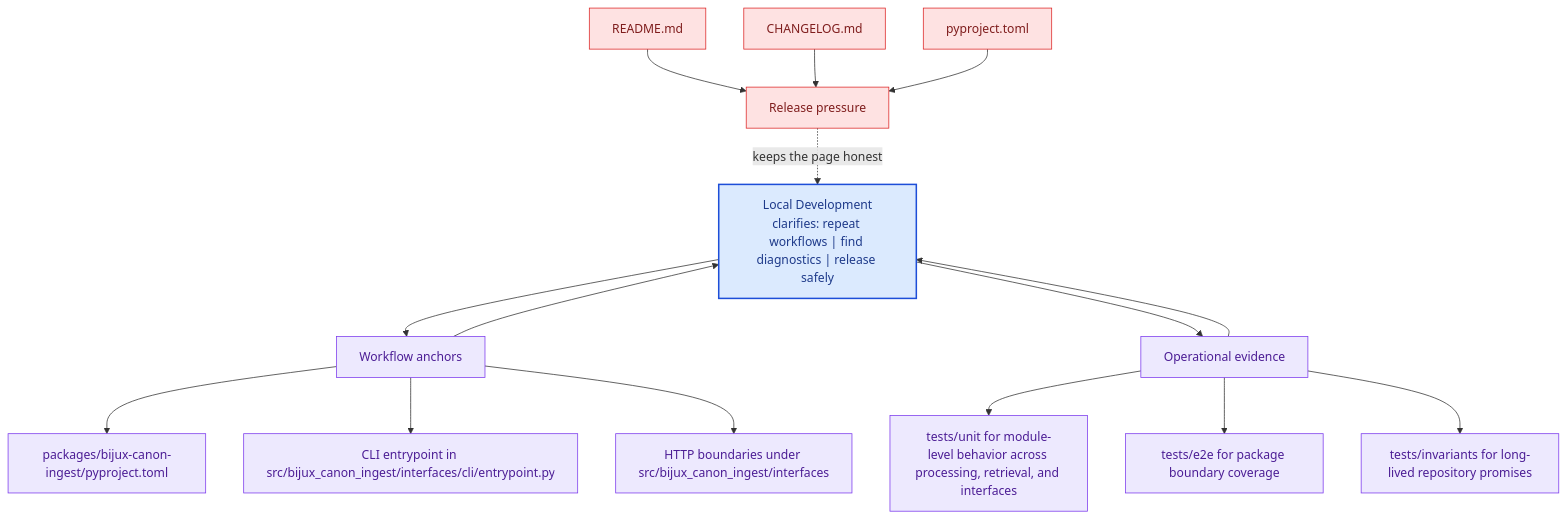
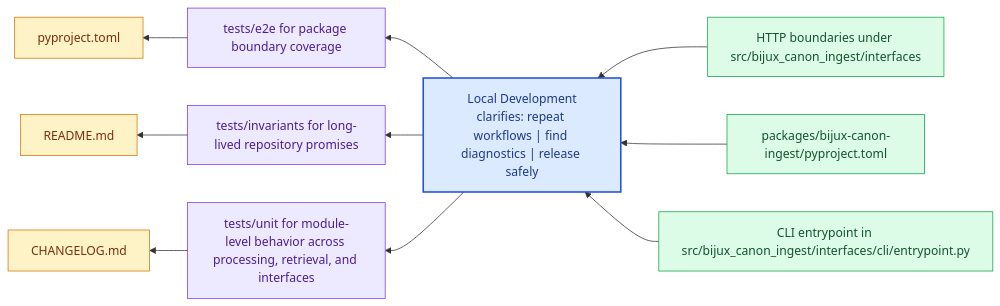
One commit to bijux/bijux-canon changed the diagram in docs/bijux-canon-ingest/operations/local-development.md. Above: the diagram before and after it, drawn with Mermaid. The commit also changed other lines of this file and 281 other files, not shown here.

Commit message:
docs(diagrams): replace repeated mermaid scaffolds with page-specific summaries

````diff
--- a/docs/bijux-canon-ingest/operations/local-development.md
+++ b/docs/bijux-canon-ingest/operations/local-development.md
@@ -68,41 +23,31 @@
 ```mermaid
-flowchart TB
-    promise["Local Development<br/>clarifies: repeat workflows | find diagnostics | release safely"]
-    classDef promise fill:#dbeafe,stroke:#1d4ed8,color:#1e3a8a,stroke-width:2px;
-    classDef driver fill:#dcfce7,stroke:#16a34a,color:#14532d;
-    classDef constraint fill:#fee2e2,stroke:#dc2626,color:#7f1d1d;
-    classDef ground fill:#ede9fe,stroke:#7c3aed,color:#4c1d95;
-    focus1["Workflow anchors"]
-    focus1 --> promise
-    promise --> focus1
-    focus1_1["packages/bijux-canon-ingest/pyproject.toml"]
-    focus1 --> focus1_1
-    focus1_2["CLI entrypoint in src/bijux_canon_ingest/interfaces/cli/entrypoint.py"]
-    focus1 --> focus1_2
-    focus1_3["HTTP boundaries under src/bijux_canon_ingest/interfaces"]
-    focus1 --> focus1_3
-    class focus1 ground;
-    class focus1_1,focus1_2,focus1_3 ground;
-    focus2["Operational evidence"]
-    focus2 --> promise
-    promise --> focus2
-    focus2_1["tests/unit for module-level behavior across processing, retrieval, and interfaces"]
-    focus2 --> focus2_1
-    focus2_2["tests/e2e for package boundary coverage"]
-    focus2 --> focus2_2
-    focus2_3["tests/invariants for long-lived repository promises"]
-    focus2 --> focus2_3
-    class focus2 ground;
-    class focus2_1,focus2_2,focus2_3 ground;
-    focus3["Release pressure"]
-    focus3 -.keeps the page honest.-> promise
-    focus3_1["README.md"]
-    focus3_1 --> focus3
-    focus3_2["CHANGELOG.md"]
-    focus3_2 --> focus3
-    focus3_3["pyproject.toml"]
-    focus3_3 --> focus3
-    class focus3 constraint;
-    class focus3_1,focus3_2,focus3_3 constraint;
-    class promise promise;
+flowchart RL
+    page["Local Development<br/>clarifies: repeat workflows | find diagnostics | release safely"]
+    classDef page fill:#dbeafe,stroke:#1d4ed8,color:#1e3a8a,stroke-width:2px;
+    classDef positive fill:#dcfce7,stroke:#16a34a,color:#14532d;
+    classDef caution fill:#fee2e2,stroke:#dc2626,color:#7f1d1d;
+    classDef anchor fill:#ede9fe,stroke:#7c3aed,color:#4c1d95;
+    classDef action fill:#fef3c7,stroke:#d97706,color:#7c2d12;
+    step1["HTTP boundaries under src/bijux_canon_ingest/interfaces"]
+    step1 --> page
+    step2["packages/bijux-canon-ingest/pyproject.toml"]
+    step2 --> page
+    step3["CLI entrypoint in src/bijux_canon_ingest/interfaces/cli/entrypoint.py"]
+    step3 --> page
+    run1["tests/e2e for package boundary coverage"]
+    page --> run1
+    run2["tests/invariants for long-lived repository promises"]
+    page --> run2
+    run3["tests/unit for module-level behavior across processing, retrieval, and interfaces"]
+    page --> run3
+    release1["pyproject.toml"]
+    run1 --> release1
+    release2["README.md"]
+    run2 --> release2
+    release3["CHANGELOG.md"]
+    run3 --> release3
+    class page page;
+    class step1,step2,step3 positive;
+    class run1,run2,run3 anchor;
+    class release1,release2,release3 action;
 ```
````
